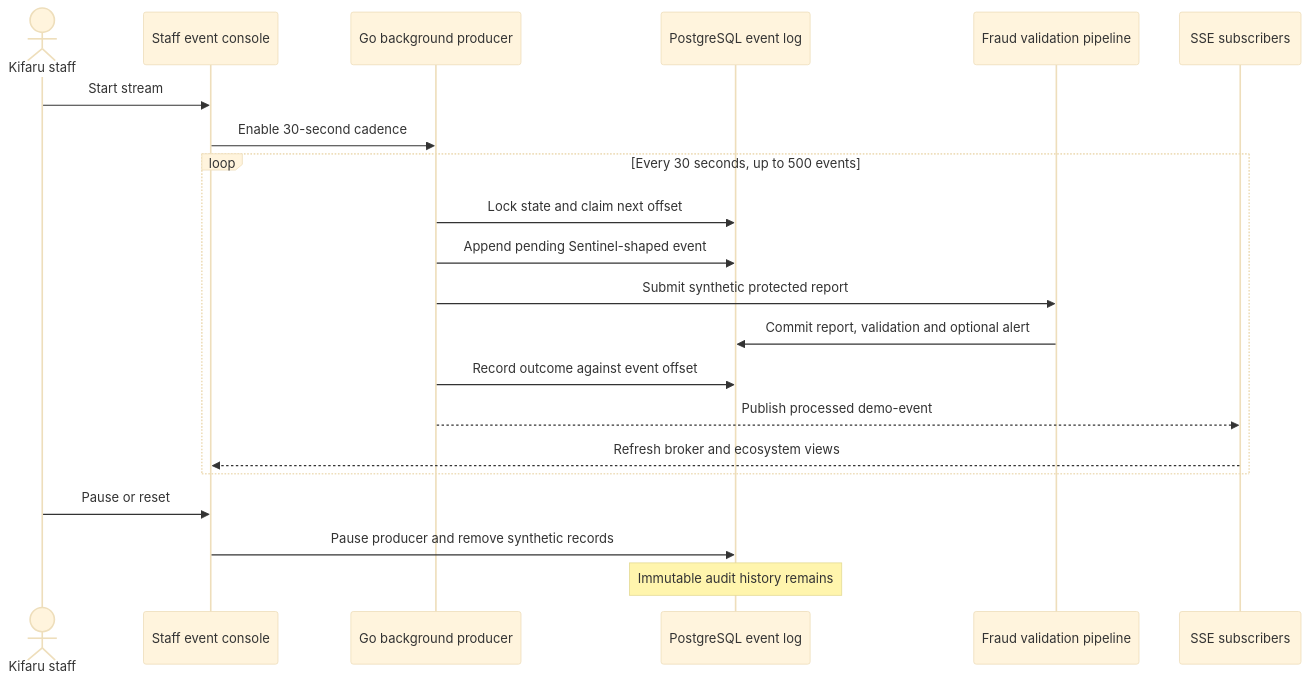
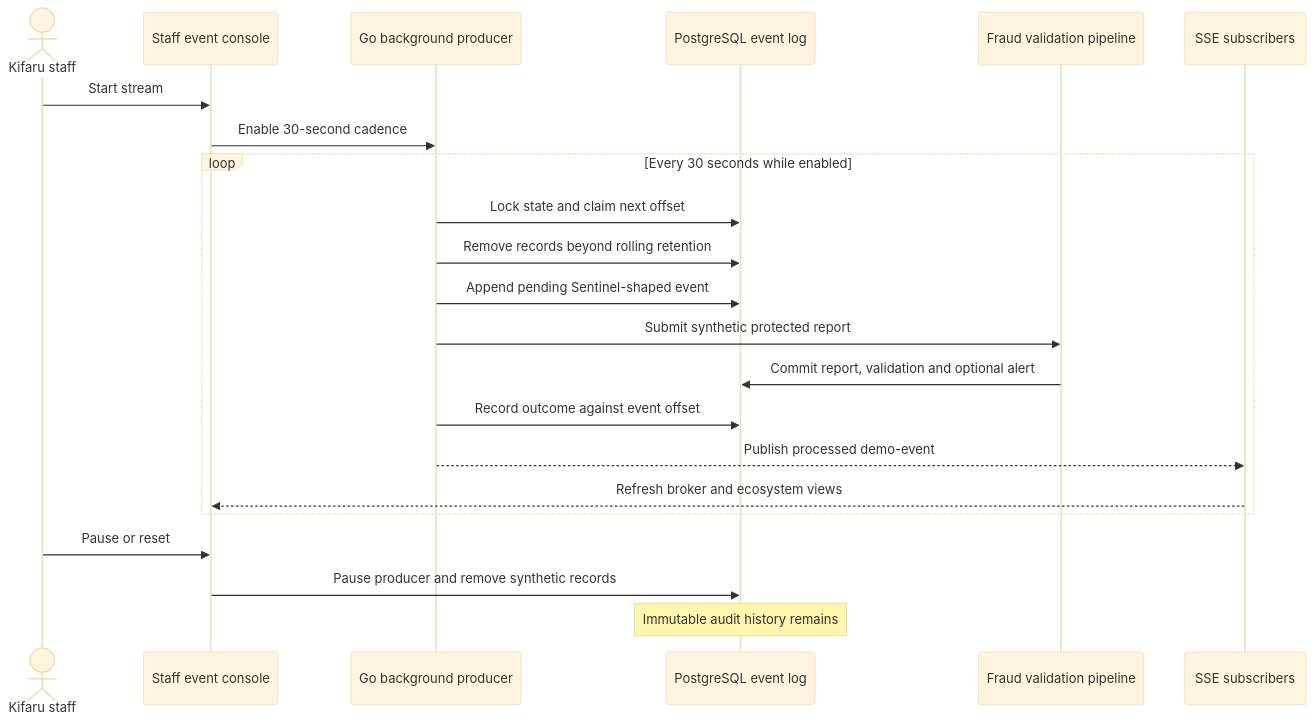
The ninth of 9 diagrams in README.md (tmjoris/kifaru), drawn with Mermaid (base theme) before and after one commit. The commit also changed other lines of this file and 8 other files, not shown here.

````diff
--- a/README.md
+++ b/README.md
@@ -533,24 +537,25 @@
 ```mermaid
 sequenceDiagram
     actor Staff as Kifaru staff
     participant UI as Staff event console
     participant Producer as Go background producer
     participant Broker as PostgreSQL event log
     participant Pipeline as Fraud validation pipeline
     participant Stream as SSE subscribers
 
     Staff->>UI: Start stream
     UI->>Producer: Enable 30-second cadence
-    loop Every 30 seconds, up to 500 events
+    loop Every 30 seconds while enabled
         Producer->>Broker: Lock state and claim next offset
+        Producer->>Broker: Remove records beyond rolling retention
         Producer->>Broker: Append pending Sentinel-shaped event
         Producer->>Pipeline: Submit synthetic protected report
         Pipeline->>Broker: Commit report, validation and optional alert
         Producer->>Broker: Record outcome against event offset
         Producer-->>Stream: Publish processed demo-event
         Stream-->>UI: Refresh broker and ecosystem views
     end
     Staff->>UI: Pause or reset
     UI->>Broker: Pause producer and remove synthetic records
     Note over Broker: Immutable audit history remains
 ```
````
